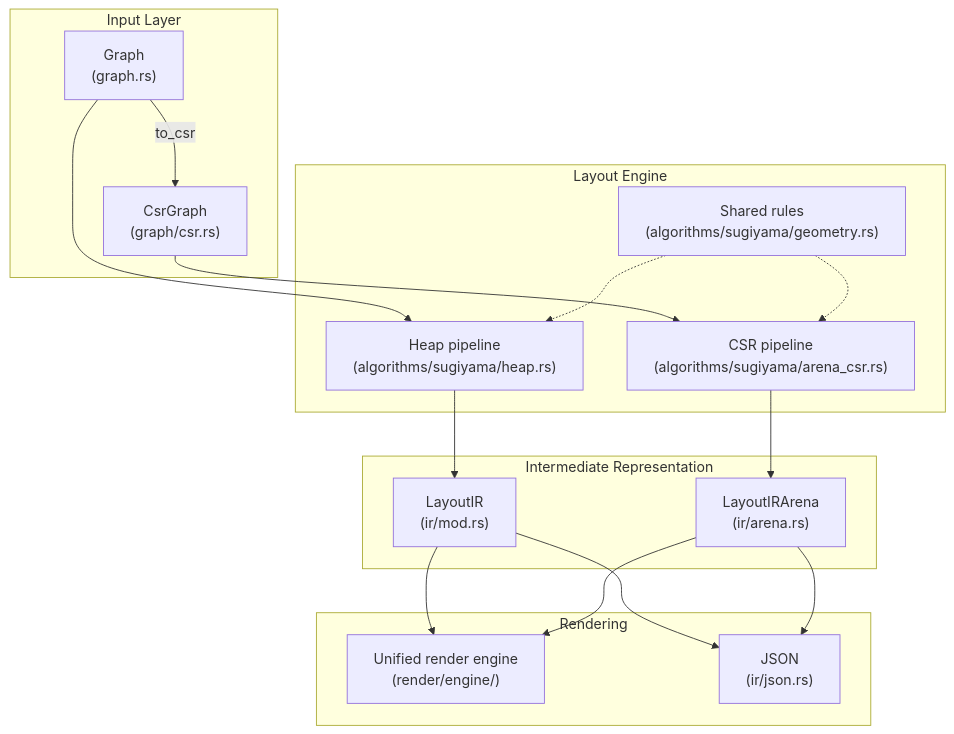
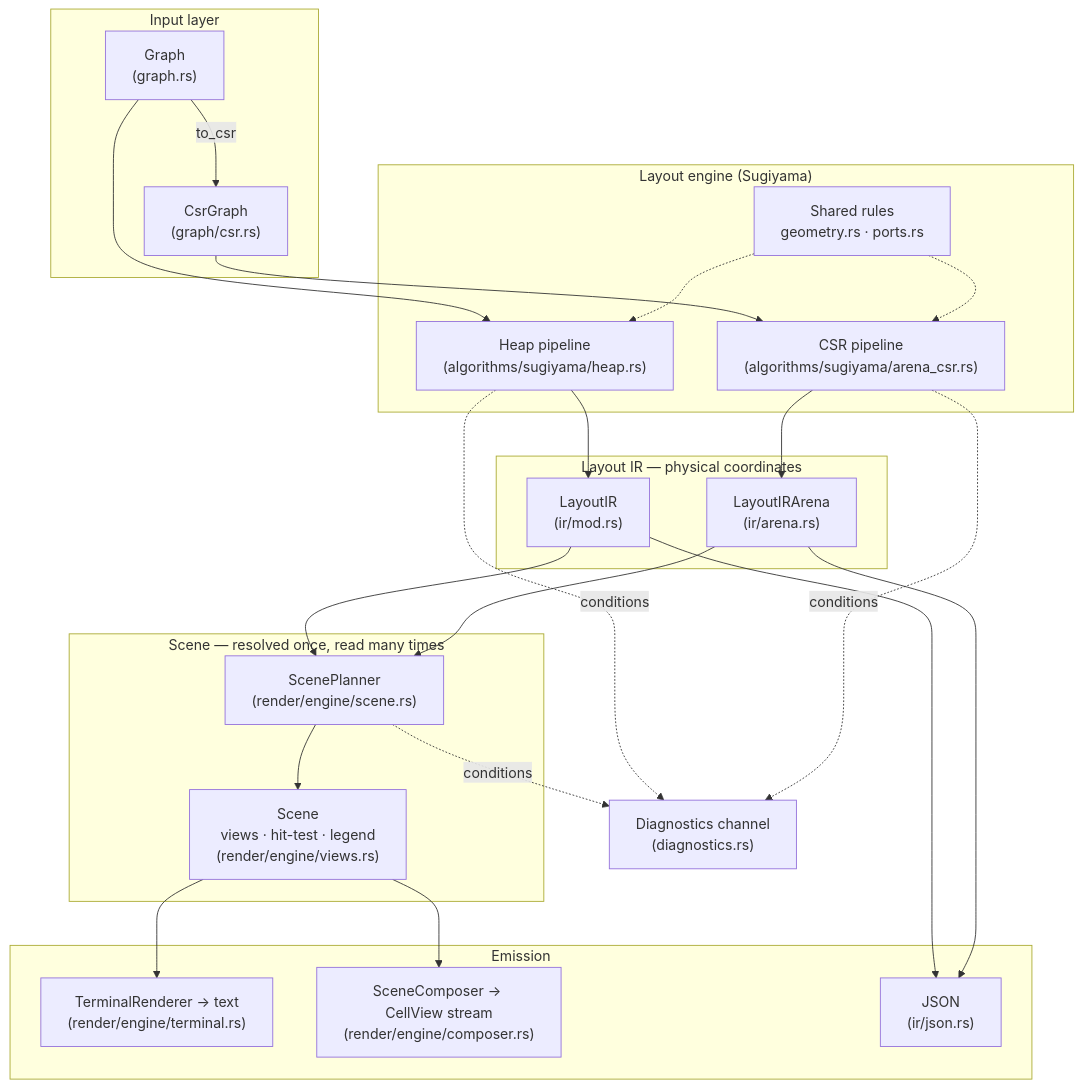
Before and after one commit to AshutoshMahala/ascii-dag: the diagram in ARCHITECTURE.md, drawn with Mermaid. The commit also changed other lines of this file, not shown here.

First line of the commit message:
docs: update architecture for scene model and ports feature

````diff
--- a/ARCHITECTURE.md
+++ b/ARCHITECTURE.md
@@ -7,35 +7,49 @@
 ```mermaid
 graph TD
-    subgraph Input["Input Layer"]
+    subgraph Input["Input layer"]
         GraphT["Graph<br/>(graph.rs)"]
         CSR["CsrGraph<br/>(graph/csr.rs)"]
     end
 
-    subgraph Layout["Layout Engine"]
+    subgraph Layout["Layout engine (Sugiyama)"]
         Heap["Heap pipeline<br/>(algorithms/sugiyama/heap.rs)"]
         ArenaCsr["CSR pipeline<br/>(algorithms/sugiyama/arena_csr.rs)"]
-        Shared["Shared rules<br/>(algorithms/sugiyama/geometry.rs)"]
+        Shared["Shared rules<br/>geometry.rs · ports.rs"]
     end
 
-    subgraph IR["Intermediate Representation"]
+    subgraph IR["Layout IR — physical coordinates"]
         LayoutIR["LayoutIR<br/>(ir/mod.rs)"]
         ArenaIR["LayoutIRArena<br/>(ir/arena.rs)"]
     end
 
-    subgraph Render["Rendering"]
-        Engine["Unified render engine<br/>(render/engine/)"]
+    subgraph SceneL["Scene — resolved once, read many times"]
+        Planner["ScenePlanner<br/>(render/engine/scene.rs)"]
+        SceneN["Scene<br/>views · hit-test · legend<br/>(render/engine/views.rs)"]
+    end
+
+    subgraph Emit["Emission"]
+        Terminal["TerminalRenderer → text<br/>(render/engine/terminal.rs)"]
+        Composer["SceneComposer → CellView stream<br/>(render/engine/composer.rs)"]
         Json["JSON<br/>(ir/json.rs)"]
     end
+
+    Diag["Diagnostics channel<br/>(diagnostics.rs)"]
 
     GraphT --> Heap
     GraphT -->|to_csr| CSR
     CSR --> ArenaCsr
     Shared -.-> Heap
     Shared -.-> ArenaCsr
     Heap --> LayoutIR
     ArenaCsr --> ArenaIR
-    LayoutIR --> Engine
+    LayoutIR --> Planner
+    ArenaIR --> Planner
     LayoutIR --> Json
-    ArenaIR --> Engine
     ArenaIR --> Json
+    Planner --> SceneN
+    SceneN --> Terminal
+    SceneN --> Composer
+    Heap -.conditions.-> Diag
+    ArenaCsr -.conditions.-> Diag
+    Planner -.conditions.-> Diag
 ```
````
